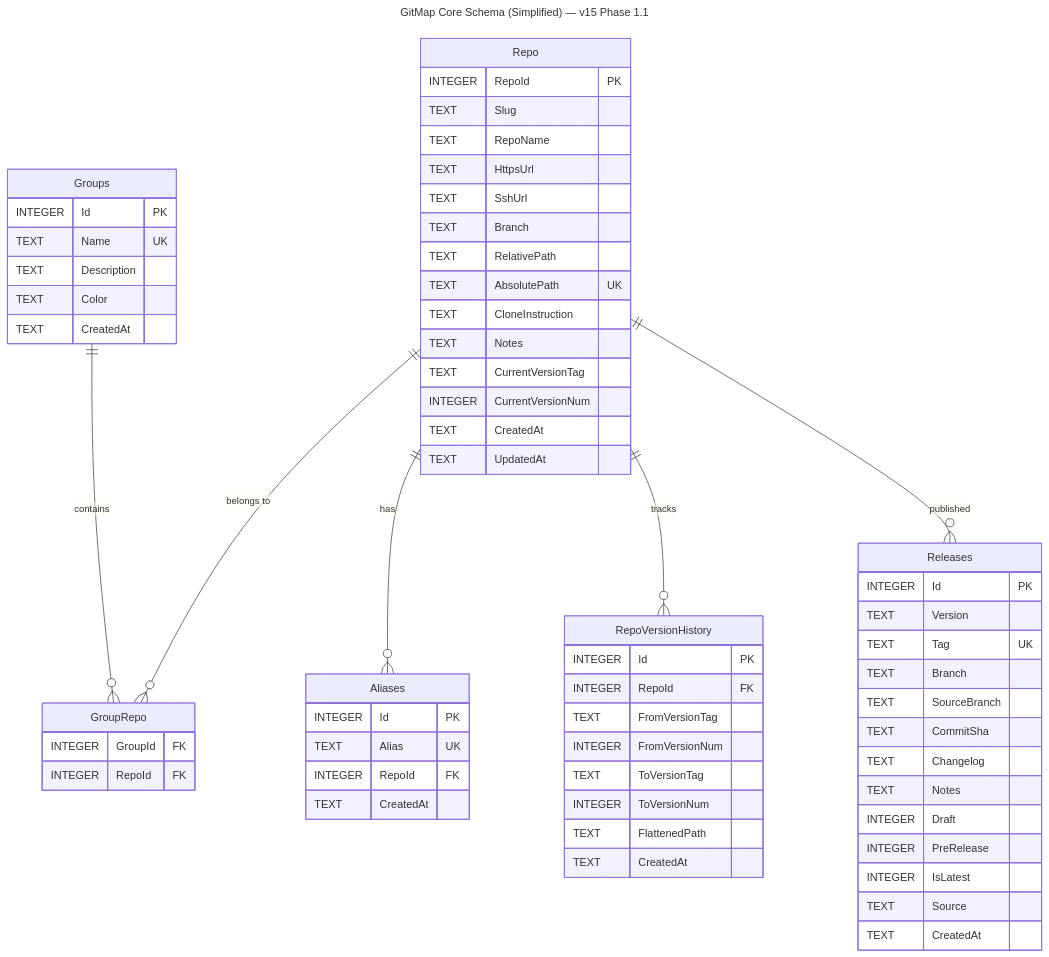
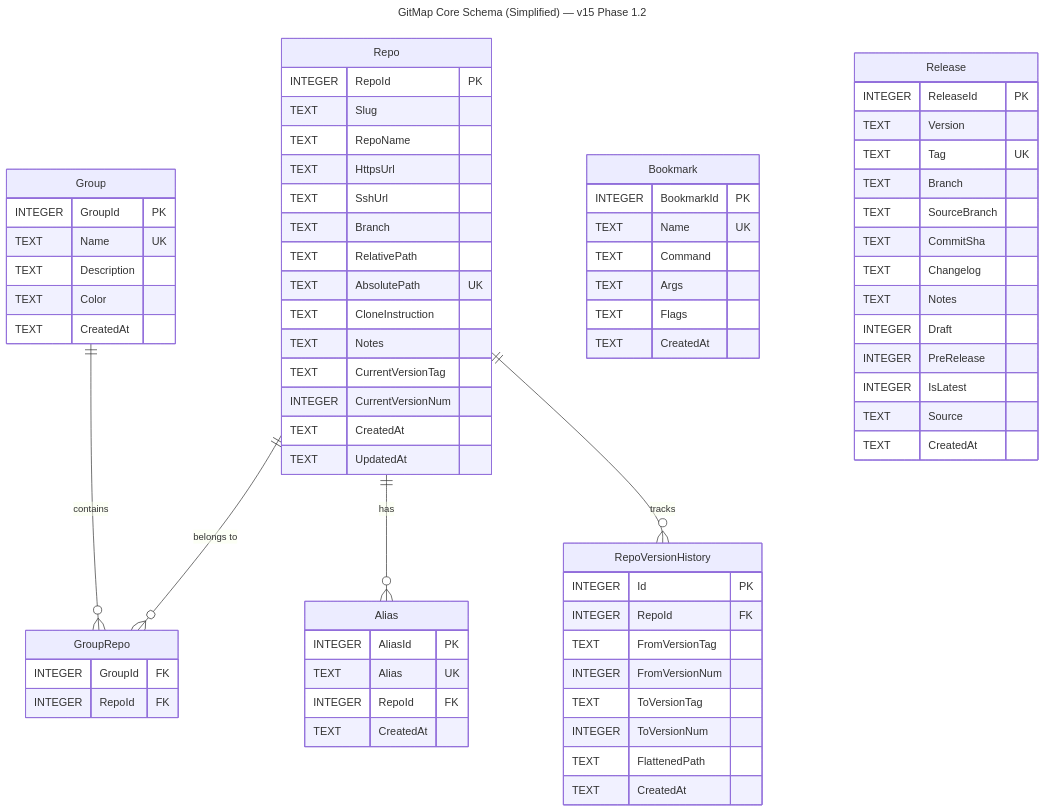
Before and after one commit to alimtvnetwork/gitmap-v4: the diagram in spec/01-app/gitmap-core-schema-simplified.mmd, drawn with Mermaid. The commit also changed 1 other file, not shown here.

```diff
--- a/spec/01-app/gitmap-core-schema-simplified.mmd
+++ b/spec/01-app/gitmap-core-schema-simplified.mmd
@@ -1,73 +1,81 @@
 ---
-title: GitMap Core Schema (Simplified) — v15 Phase 1.1
+title: GitMap Core Schema (Simplified) — v15 Phase 1.2
 ---
 erDiagram
     Repo {
         INTEGER RepoId PK
         TEXT Slug
         TEXT RepoName
         TEXT HttpsUrl
         TEXT SshUrl
         TEXT Branch
         TEXT RelativePath
         TEXT AbsolutePath UK
         TEXT CloneInstruction
         TEXT Notes
         TEXT CurrentVersionTag
         INTEGER CurrentVersionNum
         TEXT CreatedAt
         TEXT UpdatedAt
     }
 
-    Groups {
-        INTEGER Id PK
+    Group {
+        INTEGER GroupId PK
         TEXT Name UK
         TEXT Description
         TEXT Color
         TEXT CreatedAt
     }
 
     GroupRepo {
         INTEGER GroupId FK
         INTEGER RepoId FK
     }
 
-    Aliases {
-        INTEGER Id PK
+    Alias {
+        INTEGER AliasId PK
         TEXT Alias UK
         INTEGER RepoId FK
+        TEXT CreatedAt
+    }
+
+    Bookmark {
+        INTEGER BookmarkId PK
+        TEXT Name UK
+        TEXT Command
+        TEXT Args
+        TEXT Flags
         TEXT CreatedAt
     }
 
     RepoVersionHistory {
         INTEGER Id PK
         INTEGER RepoId FK
         TEXT FromVersionTag
         INTEGER FromVersionNum
         TEXT ToVersionTag
         INTEGER ToVersionNum
         TEXT FlattenedPath
         TEXT CreatedAt
     }
 
-    Releases {
-        INTEGER Id PK
+    Release {
+        INTEGER ReleaseId PK
         TEXT Version
         TEXT Tag UK
         TEXT Branch
         TEXT SourceBranch
         TEXT CommitSha
         TEXT Changelog
         TEXT Notes
         INTEGER Draft
         INTEGER PreRelease
         INTEGER IsLatest
         TEXT Source
         TEXT CreatedAt
     }
 
     Repo ||--o{ GroupRepo : "belongs to"
-    Groups ||--o{ GroupRepo : "contains"
-    Repo ||--o{ Aliases : "has"
+    Group ||--o{ GroupRepo : "contains"
+    Repo ||--o{ Alias : "has"
     Repo ||--o{ RepoVersionHistory : "tracks"
-    Repo ||--o{ Releases : "published"
```
